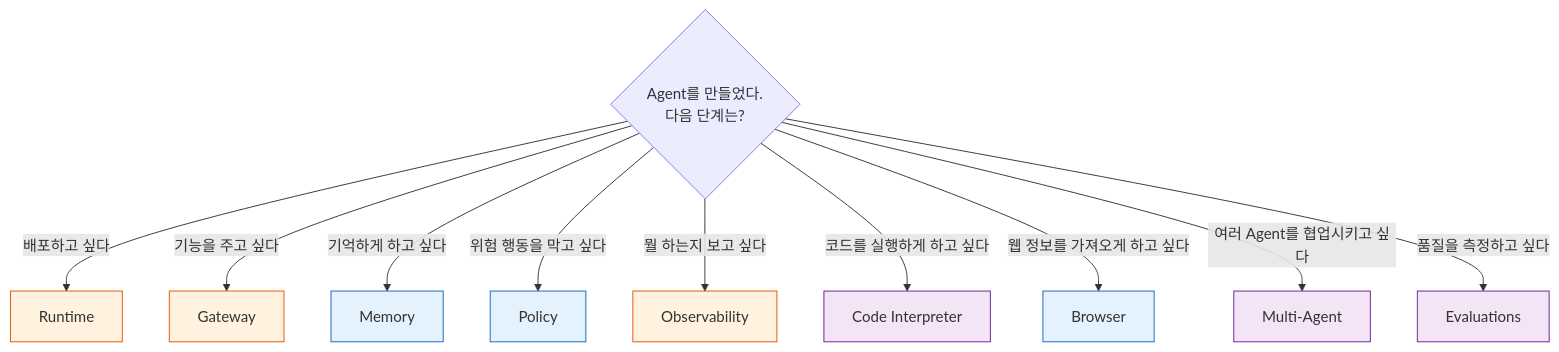
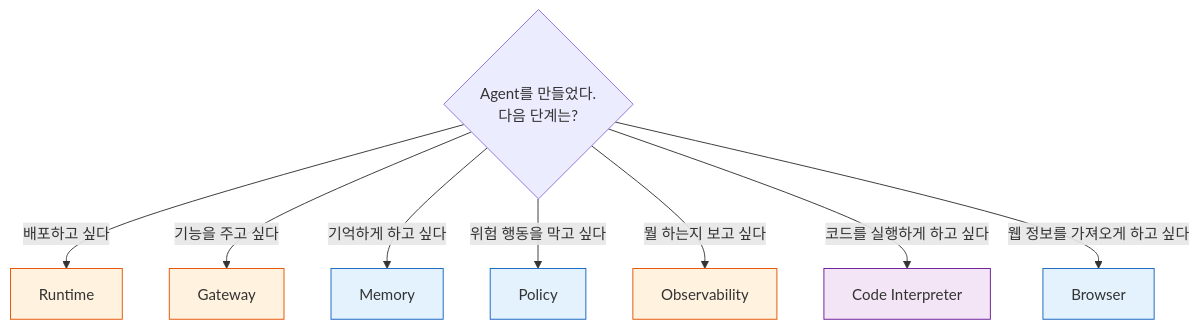
One commit to kjhyuok/rcg-agentcore-workshop-guide changed the fourth of 4 diagrams in docs/appendix/service-map.md. Above: the diagram before and after it, drawn with Mermaid. The commit also changed other lines of this file and 28 other files, not shown here.

````diff
--- a/docs/appendix/service-map.md
+++ b/docs/appendix/service-map.md
@@ -210,23 +186,19 @@
 ```mermaid
 graph TD
     Q1{"Agent를 만들었다.<br/>다음 단계는?"}
     Q1 -->|배포하고 싶다| RT2[Runtime]
     Q1 -->|기능을 주고 싶다| GW2[Gateway]
     Q1 -->|기억하게 하고 싶다| ME2[Memory]
     Q1 -->|위험 행동을 막고 싶다| PO2[Policy]
     Q1 -->|뭘 하는지 보고 싶다| OB2[Observability]
     Q1 -->|코드를 실행하게 하고 싶다| CI2[Code Interpreter]
     Q1 -->|웹 정보를 가져오게 하고 싶다| BR2[Browser]
-    Q1 -->|여러 Agent를 협업시키고 싶다| MA2[Multi-Agent]
-    Q1 -->|품질을 측정하고 싶다| EV2[Evaluations]
 
     style RT2 fill:#fff3e0,stroke:#e65100
     style GW2 fill:#fff3e0,stroke:#e65100
     style OB2 fill:#fff3e0,stroke:#e65100
     style ME2 fill:#e3f2fd,stroke:#1565c0
     style PO2 fill:#e3f2fd,stroke:#1565c0
     style BR2 fill:#e3f2fd,stroke:#1565c0
-    style MA2 fill:#f3e5f5,stroke:#6a1b9a
-    style EV2 fill:#f3e5f5,stroke:#6a1b9a
     style CI2 fill:#f3e5f5,stroke:#6a1b9a
 ```
````
